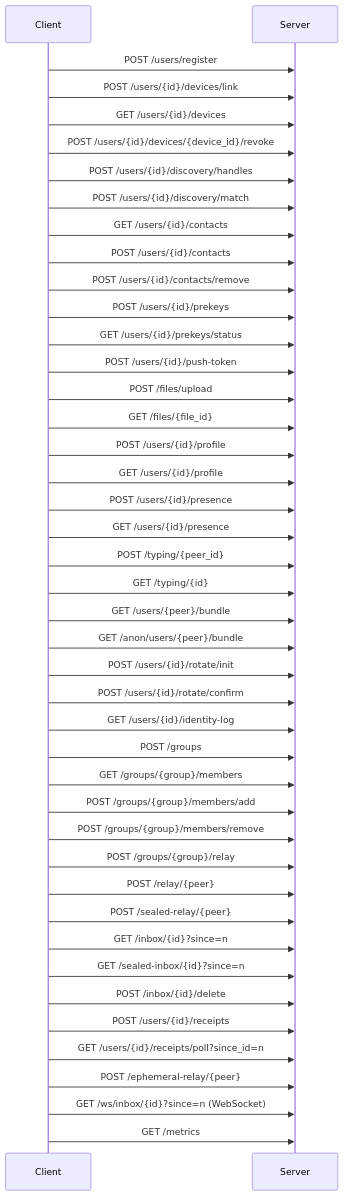
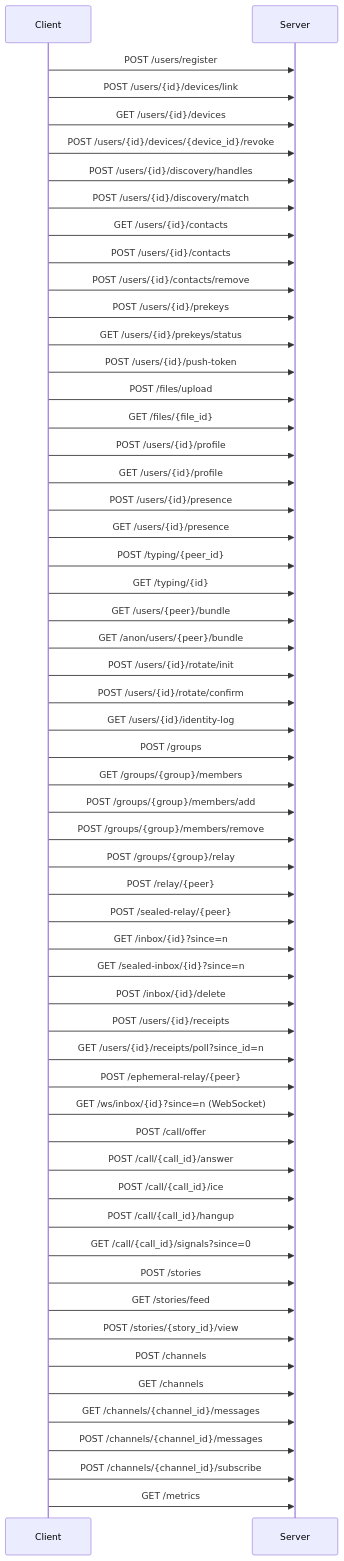
Before and after one commit to ErenAri/post-quantum-messaging-app: the first of 2 diagrams in docs/API.md, drawn with Mermaid. The commit also changed other lines of this file and 73 other files, not shown here.

````diff
--- a/docs/API.md
+++ b/docs/API.md
@@ -14,45 +14,58 @@
 ```mermaid
 sequenceDiagram
     participant C as Client
     participant S as Server
     C->>S: POST /users/register
     C->>S: POST /users/{id}/devices/link
     C->>S: GET /users/{id}/devices
     C->>S: POST /users/{id}/devices/{device_id}/revoke
     C->>S: POST /users/{id}/discovery/handles
     C->>S: POST /users/{id}/discovery/match
     C->>S: GET /users/{id}/contacts
     C->>S: POST /users/{id}/contacts
     C->>S: POST /users/{id}/contacts/remove
     C->>S: POST /users/{id}/prekeys
     C->>S: GET /users/{id}/prekeys/status
     C->>S: POST /users/{id}/push-token
     C->>S: POST /files/upload
     C->>S: GET /files/{file_id}
     C->>S: POST /users/{id}/profile
     C->>S: GET /users/{id}/profile
     C->>S: POST /users/{id}/presence
     C->>S: GET /users/{id}/presence
     C->>S: POST /typing/{peer_id}
     C->>S: GET /typing/{id}
     C->>S: GET /users/{peer}/bundle
     C->>S: GET /anon/users/{peer}/bundle
     C->>S: POST /users/{id}/rotate/init
     C->>S: POST /users/{id}/rotate/confirm
     C->>S: GET /users/{id}/identity-log
     C->>S: POST /groups
     C->>S: GET /groups/{group}/members
     C->>S: POST /groups/{group}/members/add
     C->>S: POST /groups/{group}/members/remove
     C->>S: POST /groups/{group}/relay
     C->>S: POST /relay/{peer}
     C->>S: POST /sealed-relay/{peer}
     C->>S: GET /inbox/{id}?since=n
     C->>S: GET /sealed-inbox/{id}?since=n
     C->>S: POST /inbox/{id}/delete
     C->>S: POST /users/{id}/receipts
     C->>S: GET /users/{id}/receipts/poll?since_id=n
     C->>S: POST /ephemeral-relay/{peer}
     C->>S: GET /ws/inbox/{id}?since=n (WebSocket)
+    C->>S: POST /call/offer
+    C->>S: POST /call/{call_id}/answer
+    C->>S: POST /call/{call_id}/ice
+    C->>S: POST /call/{call_id}/hangup
+    C->>S: GET /call/{call_id}/signals?since=0
+    C->>S: POST /stories
+    C->>S: GET /stories/feed
+    C->>S: POST /stories/{story_id}/view
+    C->>S: POST /channels
+    C->>S: GET /channels
+    C->>S: GET /channels/{channel_id}/messages
+    C->>S: POST /channels/{channel_id}/messages
+    C->>S: POST /channels/{channel_id}/subscribe
     C->>S: GET /metrics
 ```
````
